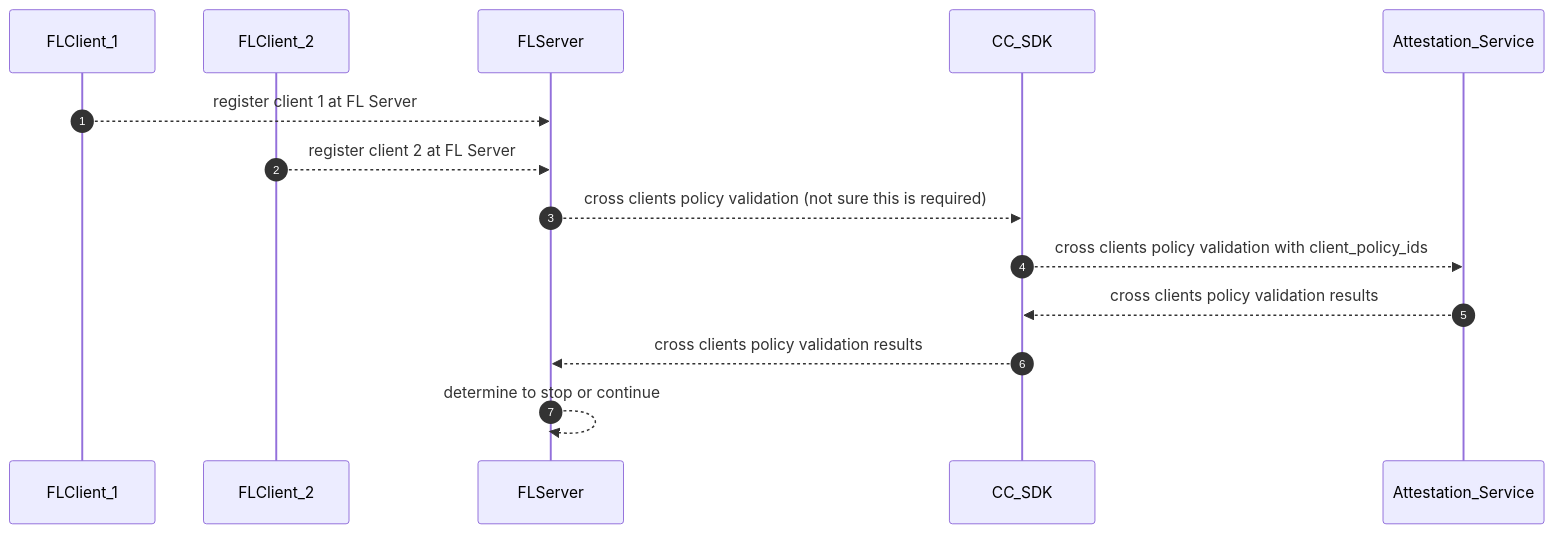
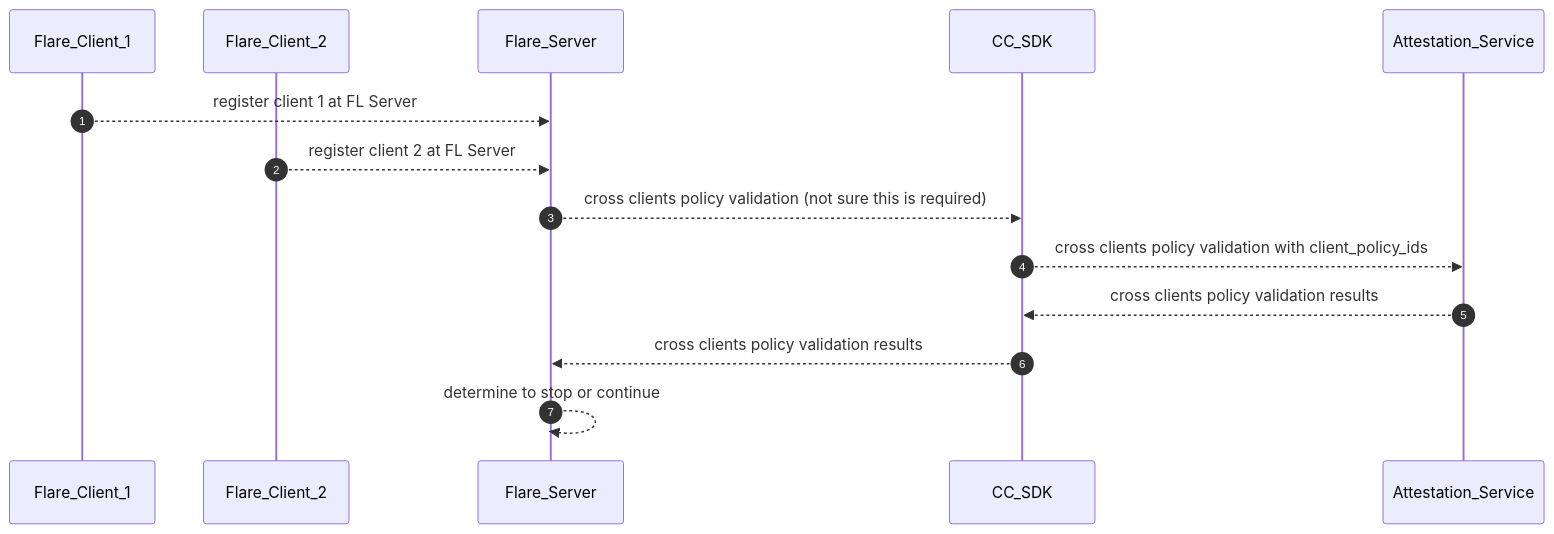
The third of 5 diagrams in docs/confidential_computing/detailed_cc_sequence_diagram.md (hitesh-ag1/NVFlare), drawn with Mermaid before and after one commit. The commit also changed other lines of this file, not shown here.

Commit message:
Sequence diagram for CC

````diff
--- a/docs/confidential_computing/detailed_cc_sequence_diagram.md
+++ b/docs/confidential_computing/detailed_cc_sequence_diagram.md
@@ -63,19 +63,19 @@
 ```mermaid
 sequenceDiagram
    autonumber
-    participant FLClient_1
-    participant FLClient_2
-    participant FLServer
+    participant Flare_Client_1
+    participant Flare_Client_2
+    participant Flare_Server
     participant CC_SDK
     participant Attestation_Service
  
-    FLClient_1 -->> FLServer: register client 1 at FL Server
-    FLClient_2 -->> FLServer: register client 2 at FL Server
-    FLServer -->> CC_SDK : cross clients policy validation (not sure this is required) 
+    Flare_Client_1 -->> Flare_Server: register client 1 at FL Server
+    Flare_Client_2 -->> Flare_Server: register client 2 at FL Server
+    Flare_Server -->> CC_SDK : cross clients policy validation (not sure this is required) 
     CC_SDK -->> Attestation_Service : cross clients policy validation with client_policy_ids 
  
     Attestation_Service -->> CC_SDK : cross clients policy validation results 
-    CC_SDK -->> FLServer : cross clients policy validation results
-    FLServer -->> FLServer: determine to stop or continue
+    CC_SDK -->> Flare_Server : cross clients policy validation results
+    Flare_Server -->> Flare_Server: determine to stop or continue
    
 ```
````
